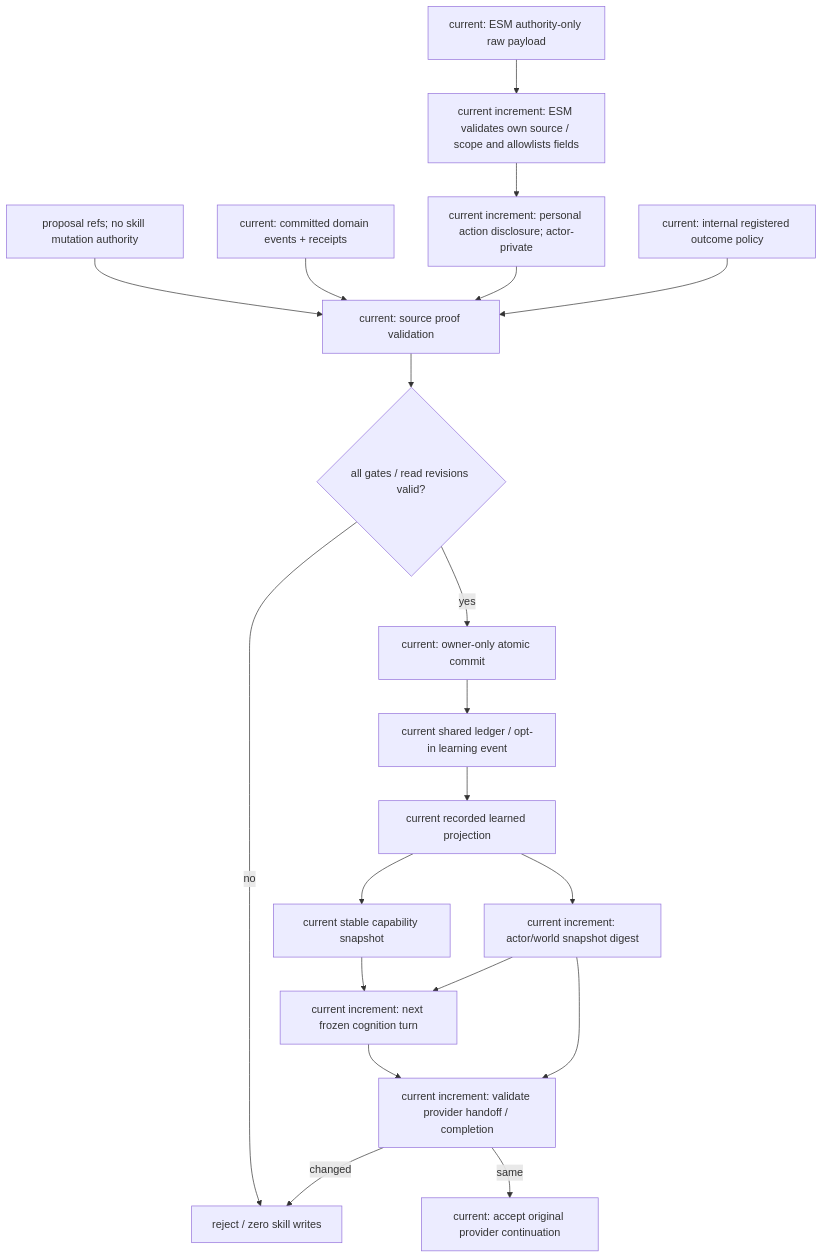
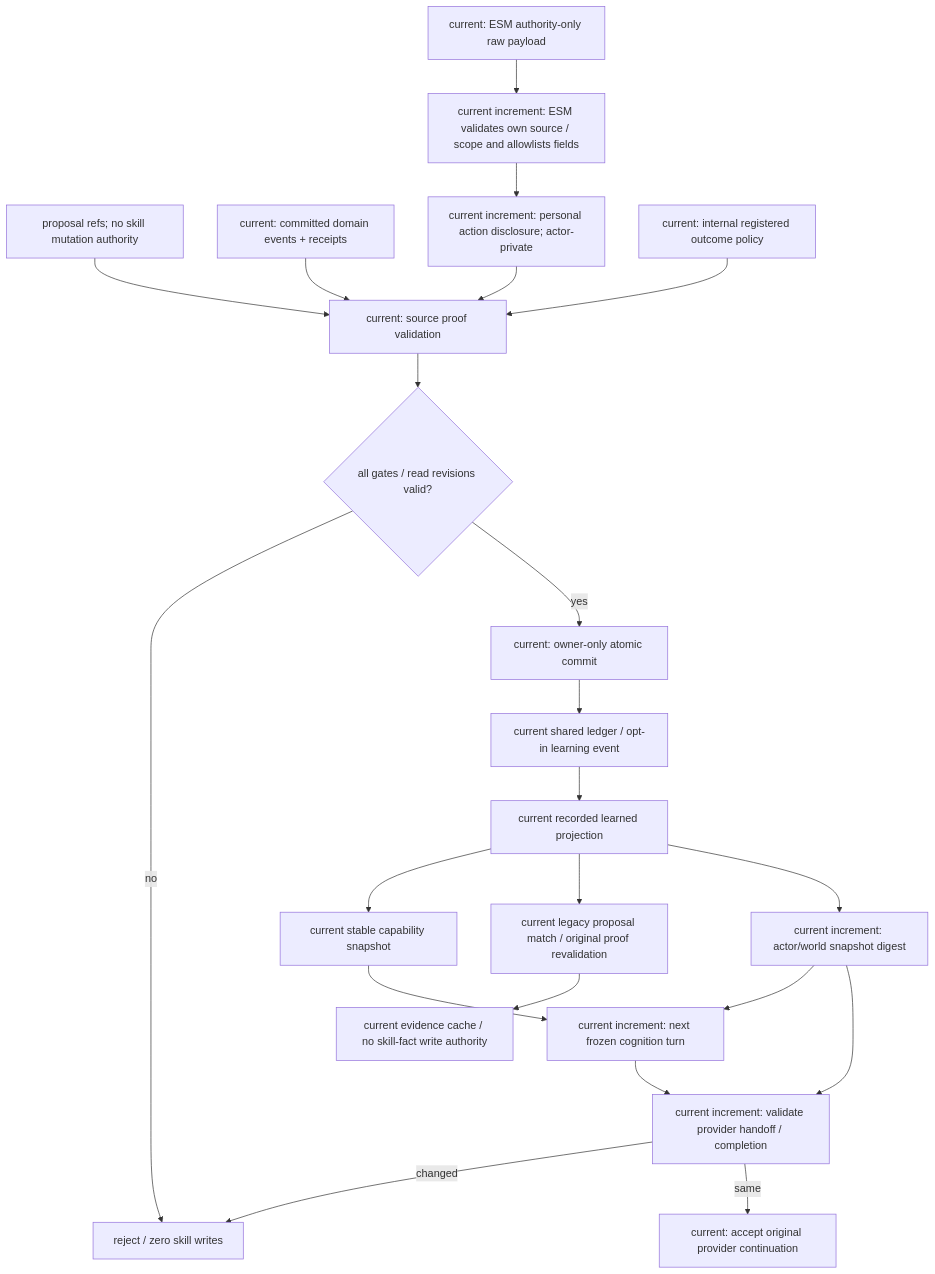
Before and after one commit to Dancing-coin/Paralls-phase0-1: the third of 3 diagrams in docs/superpowers/specs/2026-10-20-registered-learning-authority-design.md, drawn with Mermaid. The commit also changed other lines of this file and 8 other files, not shown here.

Commit message:
fix: require committed owner proof for legacy learning projection

````diff
--- a/docs/superpowers/specs/2026-10-20-registered-learning-authority-design.md
+++ b/docs/superpowers/specs/2026-10-20-registered-learning-authority-design.md
@@ -89,20 +100,22 @@
 ```mermaid
 flowchart TD
   P["proposal refs; no skill mutation authority"] --> V["current: source proof validation"]
   W["current: committed domain events + receipts"] --> V
   EW["current: ESM authority-only raw payload"] --> ED["current increment: ESM validates own source / scope and allowlists fields"]
   ED --> EP["current increment: personal action disclosure; actor-private"] --> V
   R["current: internal registered outcome policy"] --> V
   V --> G{"all gates / read revisions valid?"}
   G -->|no| Z["reject / zero skill writes"]
   G -->|yes| O["current: owner-only atomic commit"]
   O --> F["current shared ledger / opt-in learning event"]
   F --> L["current recorded learned projection"] --> B["current stable capability snapshot"]
+  L --> LP["current legacy proposal match / original proof revalidation"]
+  LP --> EC["current evidence cache / no skill-fact write authority"]
   B --> N["current increment: next frozen cognition turn"]
   L --> H["current increment: actor/world snapshot digest"]
   H --> N
   H --> Q["current increment: validate provider handoff / completion"]
   N --> Q
   Q -->|changed| Z
   Q -->|same| A["current: accept original provider continuation"]
 ```
````
